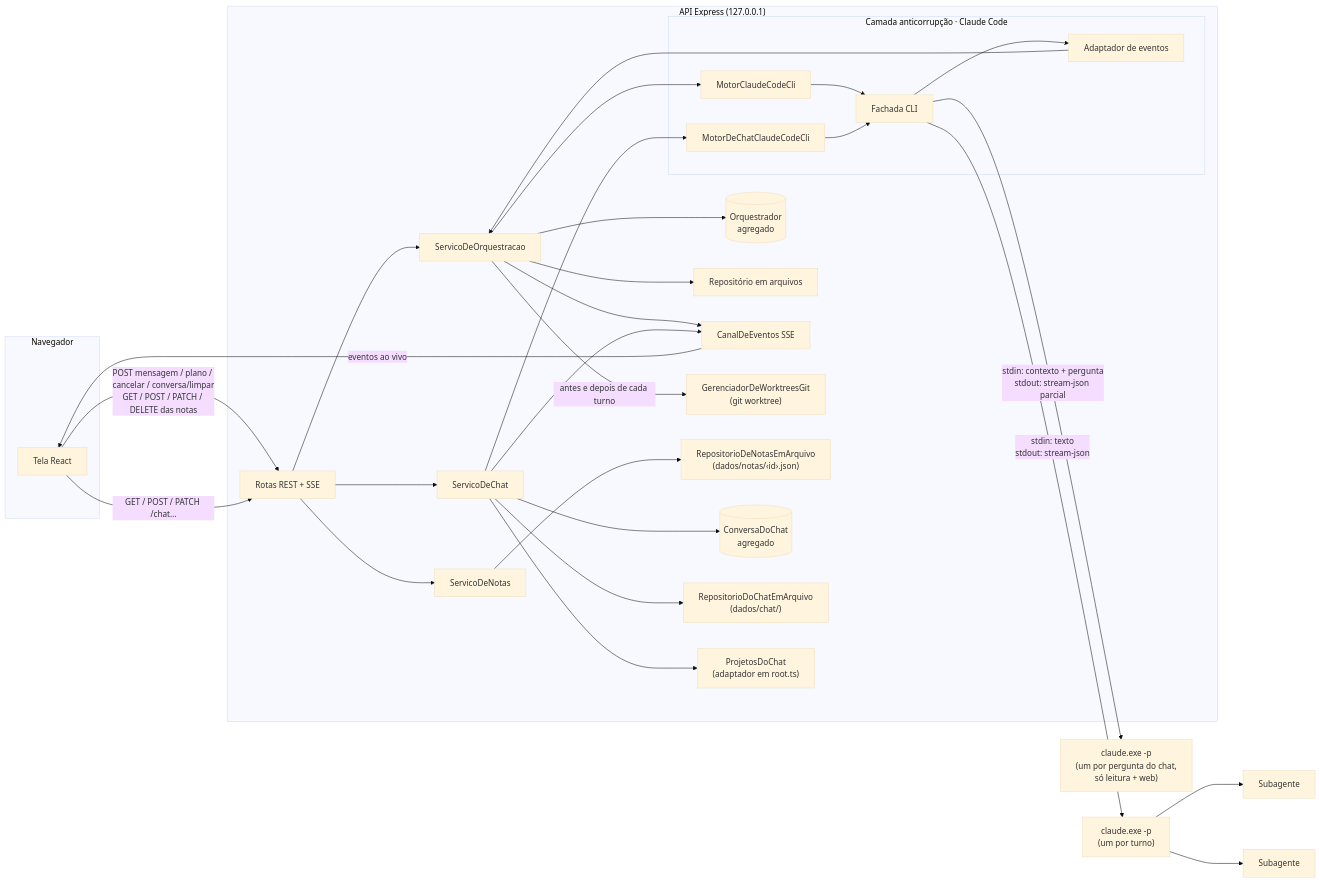
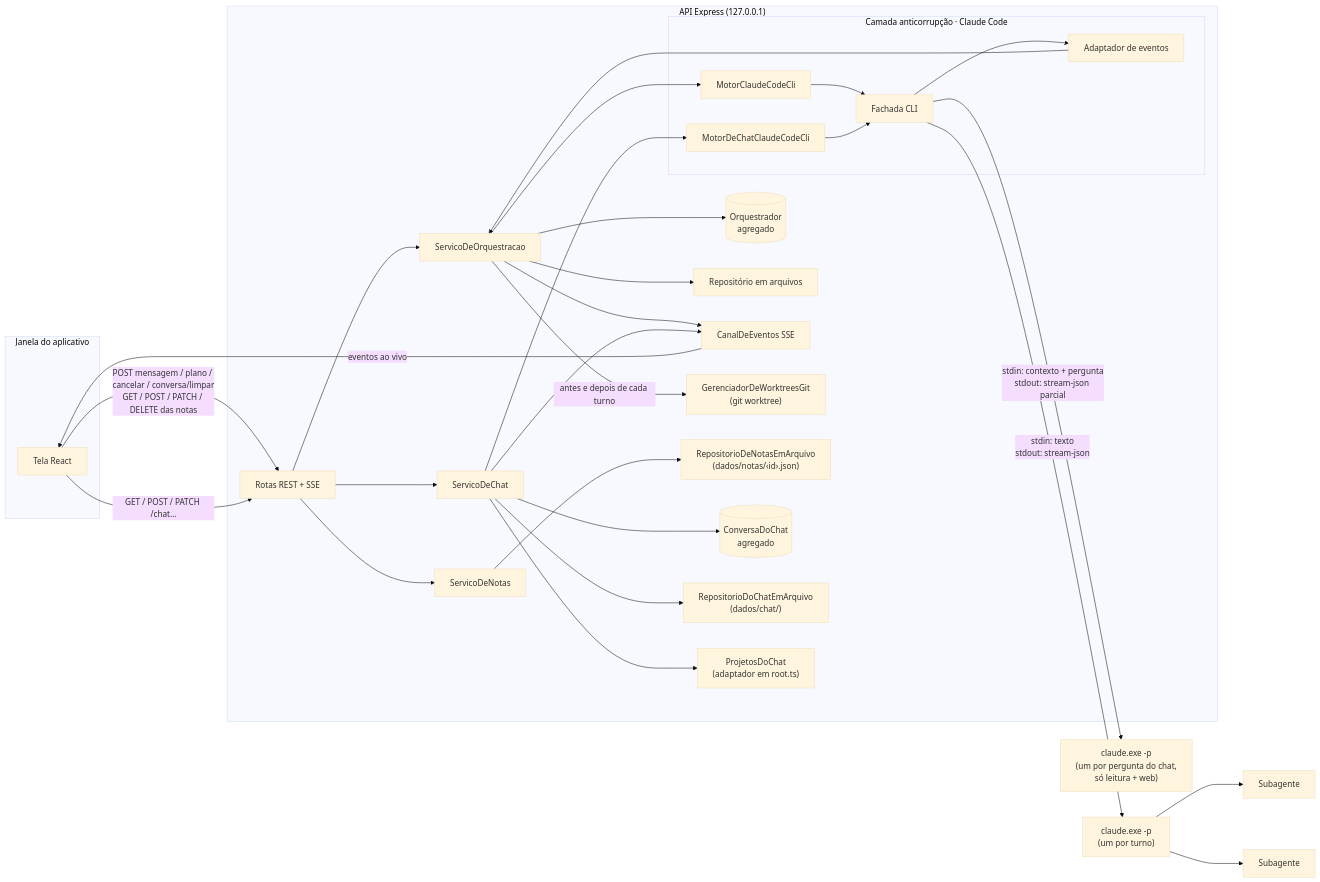
One commit to Le3Dev/orquestrador-app changed the second of 3 diagrams in README.md. Above: the diagram before and after it, drawn with Mermaid (base theme). The commit also changed other lines of this file and 35 other files, not shown here.

````diff
--- a/README.md
+++ b/README.md
@@ -141,48 +218,48 @@
 ```mermaid
 flowchart LR
-  subgraph Navegador
+  subgraph Janela["Janela do aplicativo"]
     T[Tela React]
   end
   subgraph API["API Express (127.0.0.1)"]
     R[Rotas REST + SSE]
     S[ServicoDeOrquestracao]
     O[(Orquestrador<br/>agregado)]
     Rep[Repositório em arquivos]
     C[CanalDeEventos SSE]
     W["GerenciadorDeWorktreesGit<br/>(git worktree)"]
     SN[ServicoDeNotas]
     RN["RepositorioDeNotasEmArquivo<br/>(dados/notas/‹id›.json)"]
     SC[ServicoDeChat]
     CV[(ConversaDoChat<br/>agregado)]
     RC["RepositorioDoChatEmArquivo<br/>(dados/chat/)"]
     PC["ProjetosDoChat<br/>(adaptador em root.ts)"]
     subgraph ACL["Camada anticorrupção · Claude Code"]
       M[MotorClaudeCodeCli]
       MC[MotorDeChatClaudeCodeCli]
       A[Adaptador de eventos]
       F[Fachada CLI]
     end
   end
   CC["claude.exe -p<br/>(um por turno)"]
   CCC["claude.exe -p<br/>(um por pergunta do chat,<br/>só leitura + web)"]
   SA1[Subagente]
   SA2[Subagente]
 
   T -- POST mensagem / plano / cancelar / conversa/limpar<br/>GET / POST / PATCH / DELETE das notas --> R
   C -- eventos ao vivo --> T
   R --> S --> O
   R --> SN --> RN
   S --> Rep
   S --> C
   S -- antes e depois de cada turno --> W
   S --> M --> F -- stdin: texto<br/>stdout: stream-json --> CC
   F --> A --> S
   CC --> SA1
   CC --> SA2
   T -- "GET / POST / PATCH /chat…" --> R
   R --> SC --> CV
   SC --> RC
   SC --> PC
   SC --> C
   SC --> MC --> F -- "stdin: contexto + pergunta<br/>stdout: stream-json parcial" --> CCC
 ```
````
